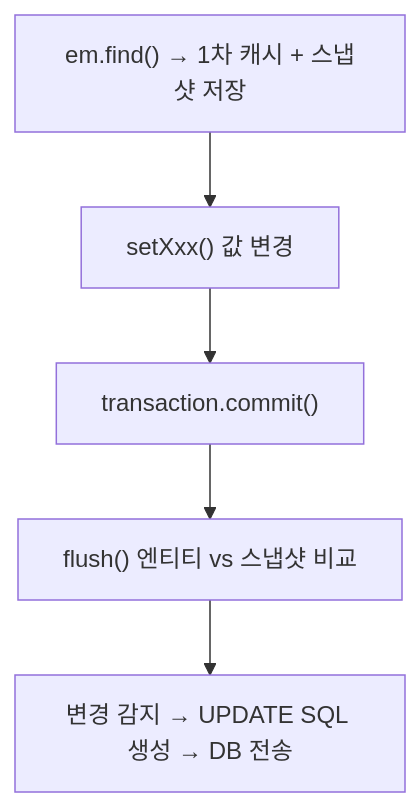
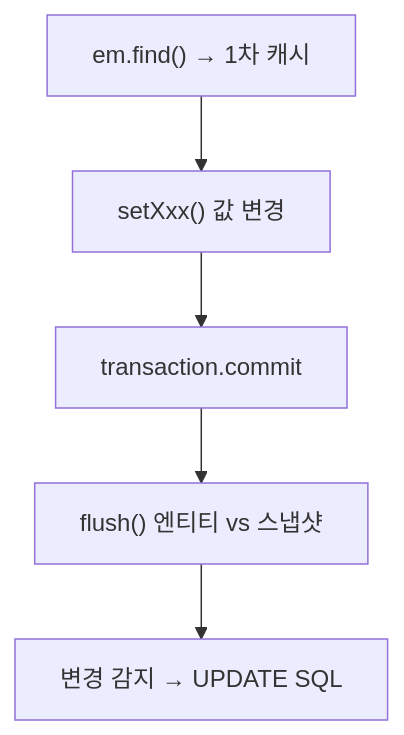
The fifth of 5 diagrams in _posts/jpa/2021-10-17-Jpa 영속성 관리.md (yjkim2015/yjkim2015.github.io), drawn with Mermaid before and after one commit. The commit also changed other lines of this file and 271 other files, not shown here.

First line of the commit message:
Mermaid 라벨 축소: 긴 노드 텍스트 18자 이하로 트림 + \n 제거

````diff
--- a/_posts/jpa/2021-10-17-Jpa 영속성 관리.md
+++ b/_posts/jpa/2021-10-17-Jpa 영속성 관리.md
@@ -192,7 +192,7 @@
 ```mermaid
 graph TD
-    A["em.find() → 1차 캐시 + 스냅샷 저장"] --> B["setXxx() 값 변경"]
-    B --> C["transaction.commit()"]
-    C --> D["flush() 엔티티 vs 스냅샷 비교"]
-    D --> E["변경 감지 → UPDATE SQL 생성 → DB 전송"]
+    A["em.find() → 1차 캐시"] --> B["setXxx() 값 변경"]
+    B --> C["transaction.commit"]
+    C --> D["flush() 엔티티 vs 스냅샷"]
+    D --> E["변경 감지 → UPDATE SQL"]
 ```
````
